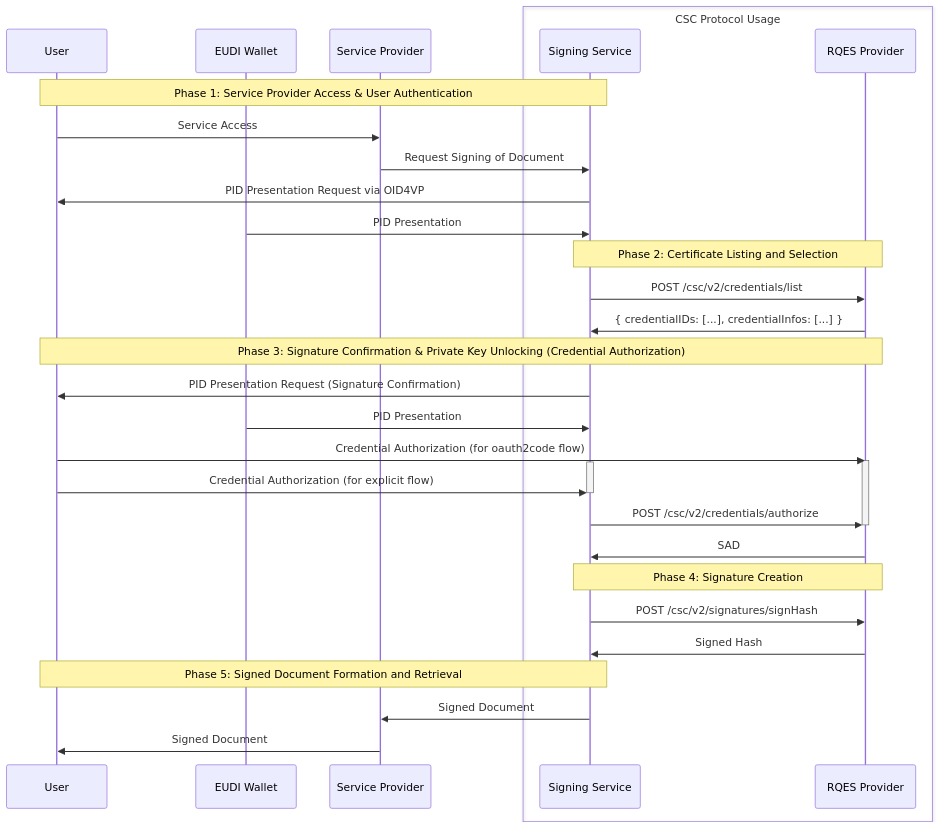
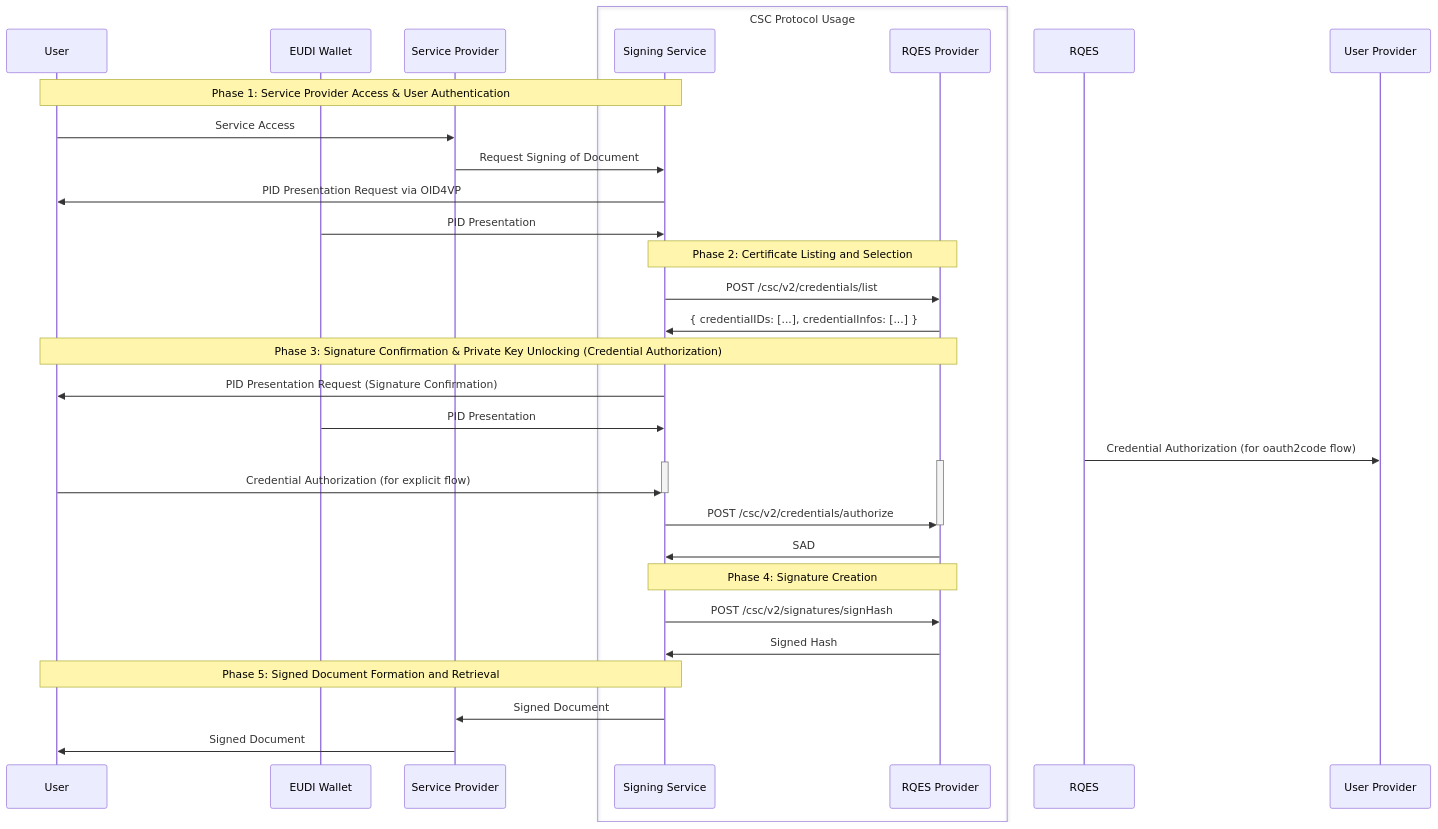
One commit to EWC-consortium/eudi-wallet-rfcs changed the first of 7 diagrams in ewc-rfc010-long-term-certifice-qes-creation.md. Above: the diagram before and after it, drawn with Mermaid.

Commit message:
Update ewc-rfc010-long-term-certifice-qes-creation.md
Fixed arrow direction

````diff
--- a/ewc-rfc010-long-term-certifice-qes-creation.md
+++ b/ewc-rfc010-long-term-certifice-qes-creation.md
@@ -84,44 +84,44 @@
 ```mermaid
    sequenceDiagram
     participant User
     participant EUDI Wallet
     participant Service Provider
     box CSC Protocol Usage
     participant Signing Service
     participant RQES Provider
     end
 
     Note over User, Signing Service: Phase 1: Service Provider Access & User Authentication
     User->>Service Provider: Service Access
     Service Provider->>Signing Service: Request Signing of Document
     Signing Service->>User: PID Presentation Request via OID4VP
     EUDI Wallet->>Signing Service: PID Presentation
 
     Note over Signing Service, RQES Provider: Phase 2: Certificate Listing and Selection
     Signing Service->>RQES Provider: POST /csc/v2/credentials/list
     RQES Provider->>Signing Service: { credentialIDs: [...], credentialInfos: [...] }
 
     Note over User, RQES Provider: Phase 3: Signature Confirmation & Private Key Unlocking (Credential Authorization)
     Signing Service->>User: PID Presentation Request (Signature Confirmation)
     EUDI Wallet->>Signing Service: PID Presentation
 
     
-    User->>RQES Provider: Credential Authorization (for oauth2code flow)
+    RQES->>User Provider: Credential Authorization (for oauth2code flow)
     activate RQES Provider
     activate Signing Service
     User->>Signing Service: Credential Authorization (for explicit flow)
     deactivate Signing Service
     
 
     Signing Service->>RQES Provider: POST /csc/v2/credentials/authorize
     deactivate RQES Provider
     RQES Provider->>Signing Service: SAD
 
     Note over Signing Service, RQES Provider: Phase 4: Signature Creation
     Signing Service->>RQES Provider: POST /csc/v2/signatures/signHash
     RQES Provider->>Signing Service: Signed Hash
 
     Note over User, Signing Service: Phase 5: Signed Document Formation and Retrieval
     Signing Service->>Service Provider: Signed Document
     Service Provider->>User: Signed Document
 ```
````
